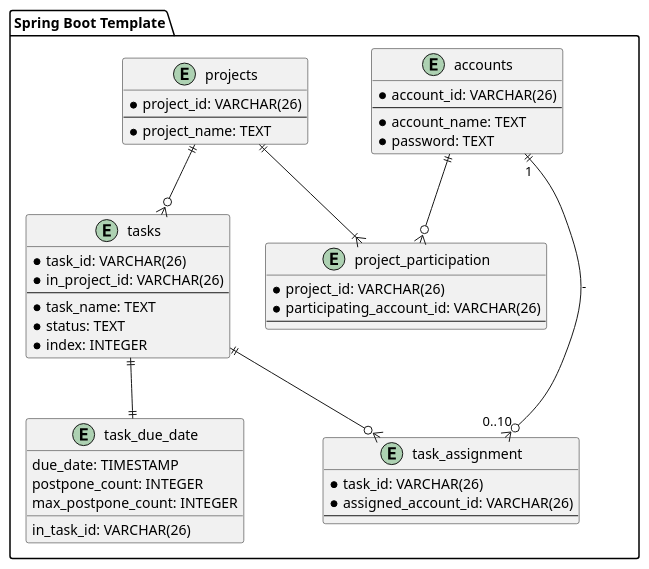
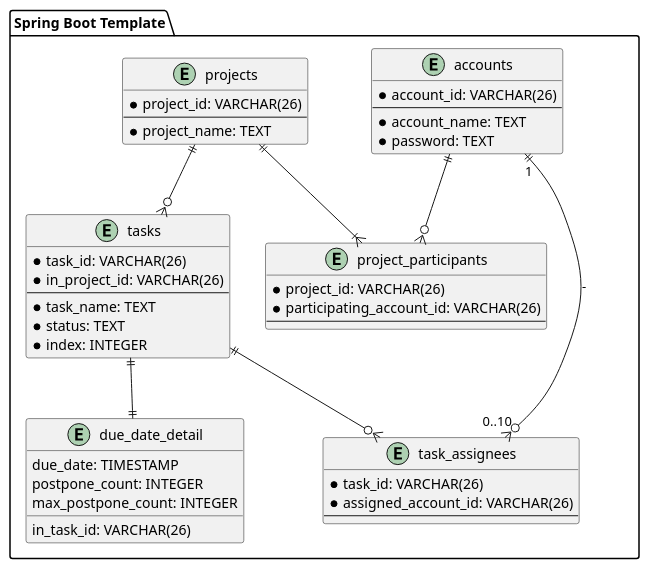
The diagram in uml/entity-relationship.puml (ORIKAMIxNEP/playground), drawn with PlantUML before and after one commit. The commit also changed 9 other files, not shown here.

```diff
--- a/uml/entity-relationship.puml
+++ b/uml/entity-relationship.puml
@@ -1,54 +1,54 @@
 @startuml
 package "Spring Boot Template" {
   entity accounts {
     * account_id: VARCHAR(26)
     --
     * account_name: TEXT
     * password: TEXT
   }
 
   entity projects {
     * project_id: VARCHAR(26)
     --
     * project_name: TEXT
   }
 
-  entity project_participation {
+  entity project_participants {
     * project_id: VARCHAR(26)
     * participating_account_id: VARCHAR(26)
     --
   }
 
-  accounts ||--o{ project_participation
-  projects ||--|{ project_participation
+  accounts ||--o{ project_participants
+  projects ||--|{ project_participants
 
   entity tasks {
     * task_id: VARCHAR(26)
     * in_project_id: VARCHAR(26)
     --
     * task_name: TEXT
     * status: TEXT
     * index: INTEGER
   }
 
   projects ||--o{ tasks
 
-  entity task_assignment {
+  entity task_assignees {
     * task_id: VARCHAR(26)
     * assigned_account_id: VARCHAR(26)
     --
   }
 
-  accounts ||--o{ task_assignment: "1" - "0..10"
-  tasks ||--o{ task_assignment
+  accounts ||--o{ task_assignees: "1" - "0..10"
+  tasks ||--o{ task_assignees
 
-  entity task_due_date {
+  entity due_date_detail {
     in_task_id: VARCHAR(26)
     due_date: TIMESTAMP
     postpone_count: INTEGER
     max_postpone_count: INTEGER
   }
 
-  tasks ||--|| task_due_date
+  tasks ||--|| due_date_detail
 }
 @enduml
```
